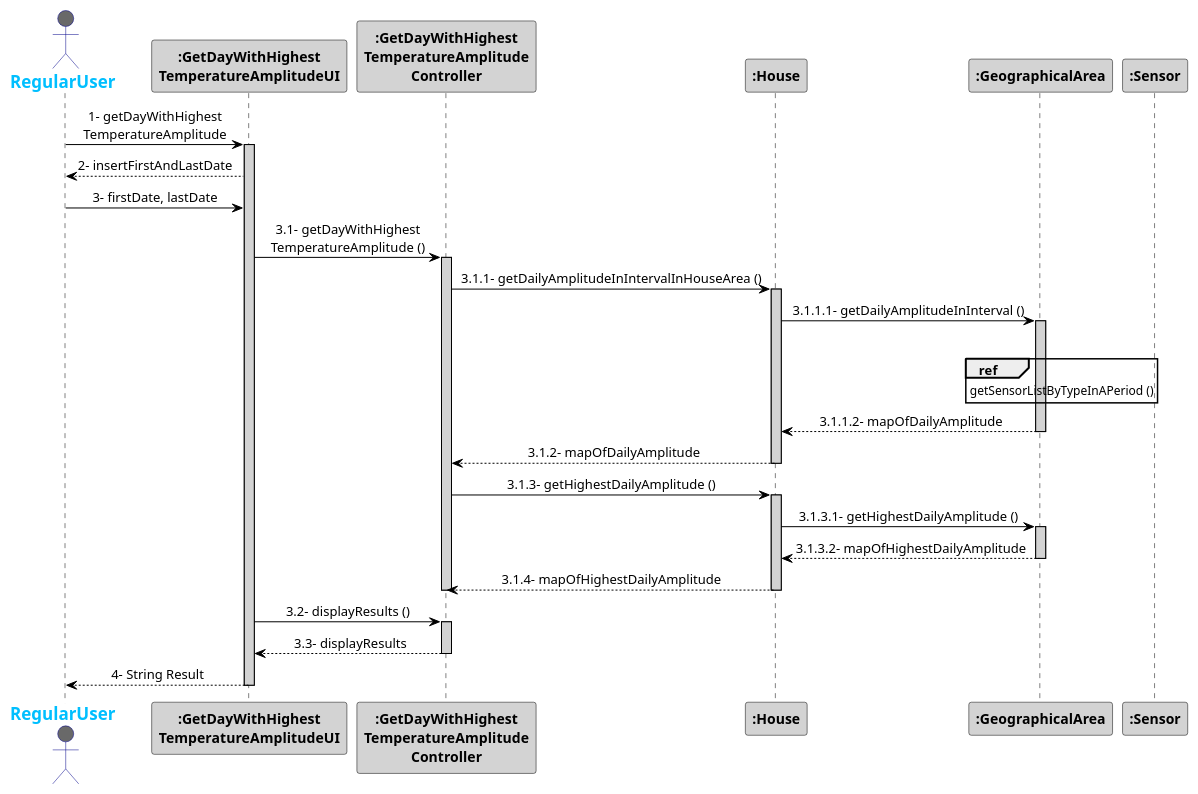
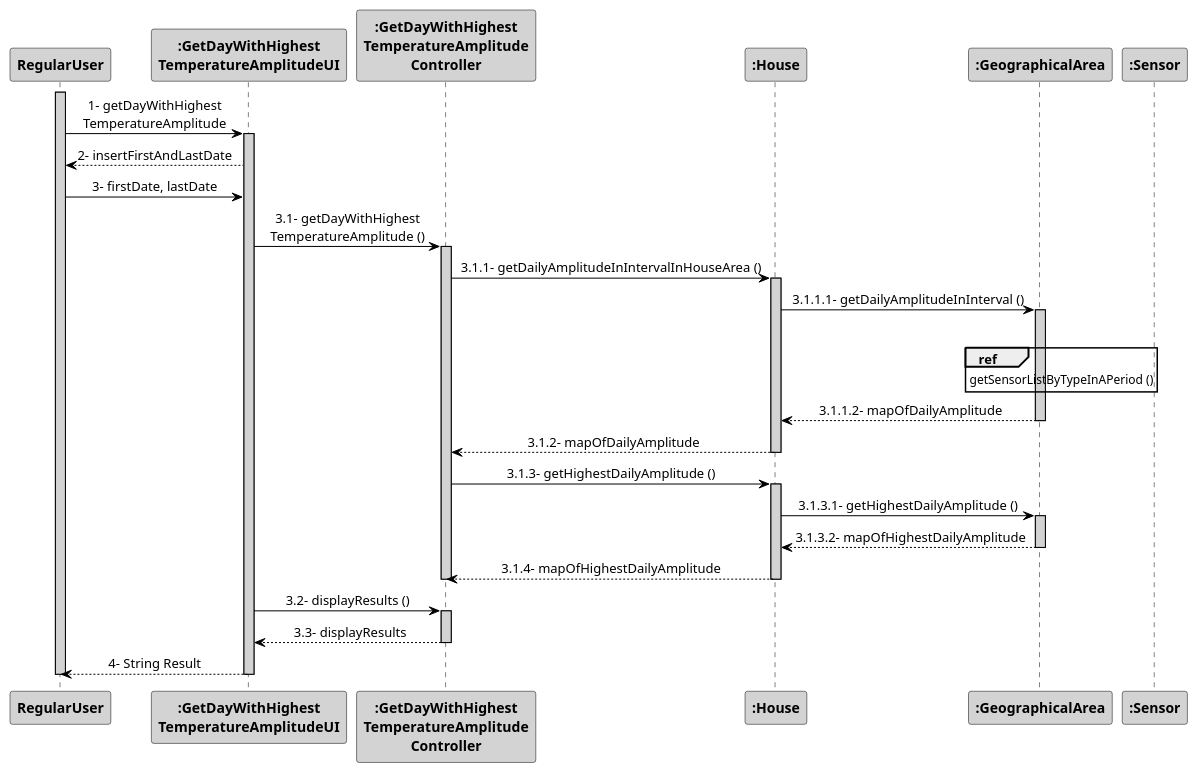
Before and after one commit to 1181687/hateoasToy: the diagram in src/main/java/pt/ipp/isep/dei/project/controllers/getDayWithHighestTemperatureAmplitudeController/SD_getDayWithHighestTemperatureAmplitude.puml, drawn with PlantUML. The commit also changed 7 other files, not shown here.

Commit message:
Updated Architecture UML (from Class to Component) Updated Sequence Digrams (activation of energy line in all Regular/Admin Users).

```diff
--- a/src/main/java/pt/ipp/isep/dei/project/controllers/getDayWithHighestTemperatureAmplitudeController/SD_getDayWithHighestTemperatureAmplitude.puml
+++ b/src/main/java/pt/ipp/isep/dei/project/controllers/getDayWithHighestTemperatureAmplitudeController/SD_getDayWithHighestTemperatureAmplitude.puml
@@ -1,55 +1,56 @@
 @startuml
 skinparam sequenceMessageAlign center
 skinparam sequence {
 	ArrowColor Black
 	ActorBorderColor DarkBlue
 	LifeLineBorderColor black
 	LifeLineBackgroundColor LightGrey
 
 	ParticipantBorderColor Black
 	ParticipantBackgroundColor LightGrey
 	ParticipantFontStyle Bold
 
 	ActorBackgroundColor DimGrey
 	ActorFontColor DeepSkyBlue
 	ActorFontStyle Bold
 	ActorFontSize 17
 	ActorFontName Aapex
 }
-
+activate RegularUser
 actor RegularUser
 RegularUser -> ":GetDayWithHighest\nTemperatureAmplitudeUI": 1- getDayWithHighest\nTemperatureAmplitude
 activate ":GetDayWithHighest\nTemperatureAmplitudeUI"
 ":GetDayWithHighest\nTemperatureAmplitudeUI" --> RegularUser: 2- insertFirstAndLastDate
 RegularUser -> ":GetDayWithHighest\nTemperatureAmplitudeUI": 3- firstDate, lastDate
 ":GetDayWithHighest\nTemperatureAmplitudeUI" -> ":GetDayWithHighest\nTemperatureAmplitude\nController": 3.1- getDayWithHighest\nTemperatureAmplitude ()
 activate ":GetDayWithHighest\nTemperatureAmplitude\nController"
 ":GetDayWithHighest\nTemperatureAmplitude\nController"-> ":House": 3.1.1- getDailyAmplitudeInIntervalInHouseArea ()
 activate ":House"
 ":House" -> ":GeographicalArea": 3.1.1.1- getDailyAmplitudeInInterval ()
 activate ":GeographicalArea"
 ref over ":GeographicalArea"
 getSensorListByTypeInAPeriod ()
 end
 deactivate ":Sensor"
 ":House" <-- ":GeographicalArea": 3.1.1.2- mapOfDailyAmplitude
 deactivate ":GeographicalArea"
 ":GetDayWithHighest\nTemperatureAmplitude\nController"<-- ":House": 3.1.2- mapOfDailyAmplitude
 deactivate ":House"
 ":GetDayWithHighest\nTemperatureAmplitude\nController" -> ":House": 3.1.3- getHighestDailyAmplitude ()
 activate ":House"
 ":House" -> ":GeographicalArea": 3.1.3.1- getHighestDailyAmplitude ()
 activate ":GeographicalArea"
 ":House" <-- ":GeographicalArea": 3.1.3.2- mapOfHighestDailyAmplitude
 deactivate ":GeographicalArea"
 ":GetDayWithHighest\nTemperatureAmplitude\nController" <-- ":House": 3.1.4- mapOfHighestDailyAmplitude
 deactivate ":House"
 deactivate ":GetDayWithHighest\nTemperatureAmplitude\nController"
 ":GetDayWithHighest\nTemperatureAmplitudeUI" -> ":GetDayWithHighest\nTemperatureAmplitude\nController": 3.2- displayResults ()
 activate ":GetDayWithHighest\nTemperatureAmplitude\nController"
 ":GetDayWithHighest\nTemperatureAmplitudeUI" <-- ":GetDayWithHighest\nTemperatureAmplitude\nController": 3.3- displayResults
 deactivate ":GetDayWithHighest\nTemperatureAmplitude\nController"
 
 RegularUser <-- ":GetDayWithHighest\nTemperatureAmplitudeUI": 4- String Result
 deactivate ":GetDayWithHighest\nTemperatureAmplitudeUI"
+deactivate RegularUser
 @enduml
```
